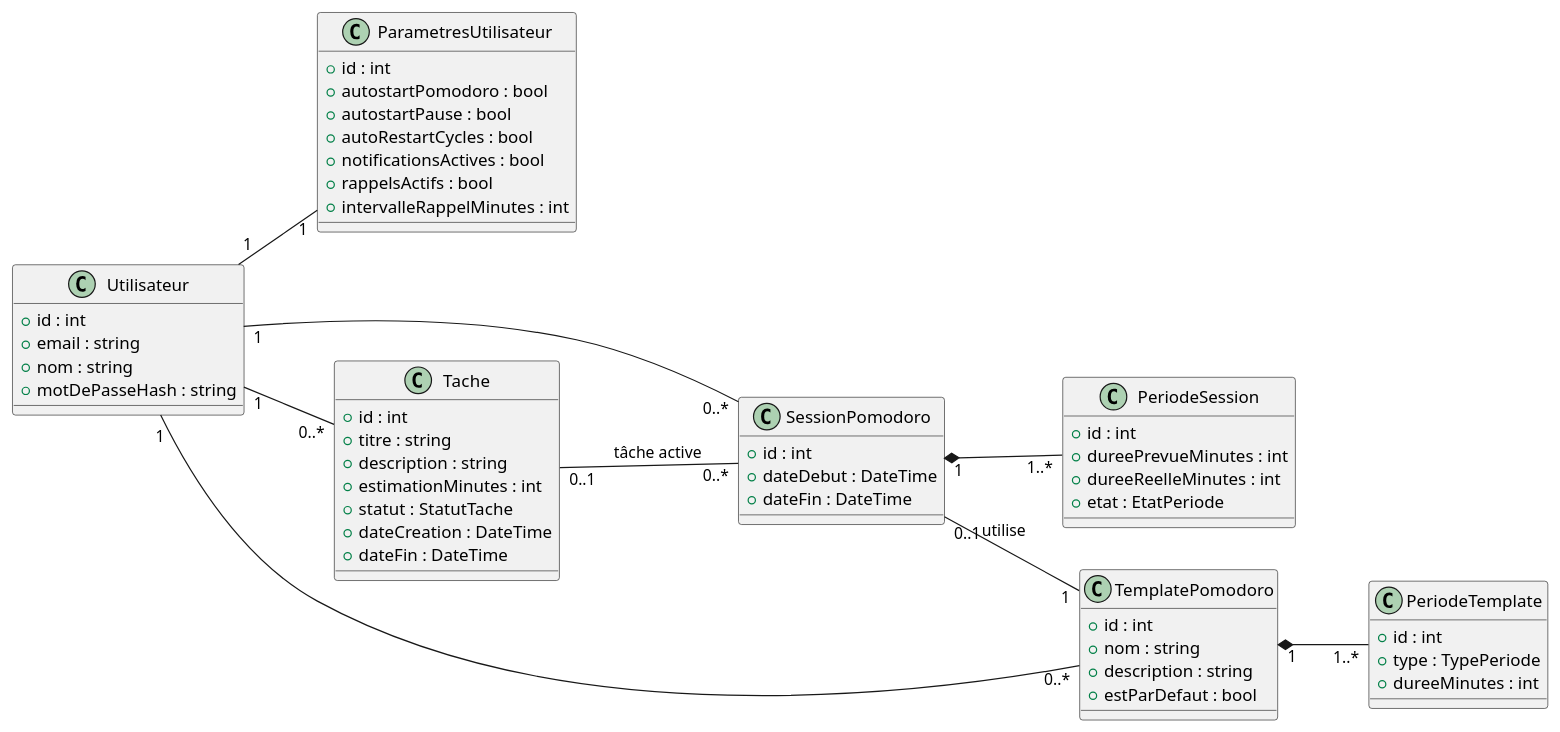
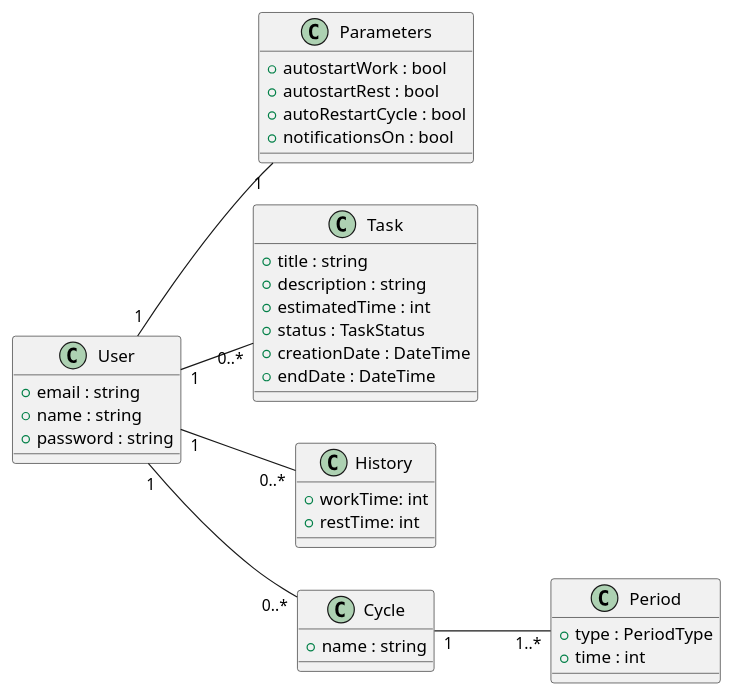
Before and after one commit to MDGav82/FocusTimer: the diagram in pomodoro_domain.wsd, drawn with PlantUML.

Commit message:
schema de domaine v2

```diff
--- a/pomodoro_domain.wsd
+++ b/pomodoro_domain.wsd
@@ -1,74 +1,48 @@
 @startuml pomodoro_domain
 left to right direction
 
-class Utilisateur {
-  +id : int
+class User {
   +email : string
-  +nom : string
-  +motDePasseHash : string
+  +name : string
+  +password : string
 }
 
-class ParametresUtilisateur {
-  +id : int
-  +autostartPomodoro : bool
-  +autostartPause : bool
-  +autoRestartCycles : bool
-  +notificationsActives : bool
-  +rappelsActifs : bool
-  +intervalleRappelMinutes : int
+class Parameters {
+  +autostartWork : bool
+  +autostartRest : bool
+  +autoRestartCycle : bool
+  +notificationsOn : bool
 }
 
-class Tache {
-  +id : int
-  +titre : string
+class Task {
+  +title : string
   +description : string
-  +estimationMinutes : int
-  +statut : StatutTache
-  +dateCreation : DateTime
-  +dateFin : DateTime
+  +estimatedTime : int
+  +status : TaskStatus
+  +creationDate : DateTime
+  +endDate : DateTime
 }
 
-
-class TemplatePomodoro {
-  +id : int
-  +nom : string
-  +description : string
-  +estParDefaut : bool
+class History {
+  +workTime: int
+  +restTime: int
+}
+class Cycle {
+  +name : string
 }
 
-class PeriodeTemplate {
-  +id : int
-  +type : TypePeriode
-  +dureeMinutes : int
-}
-
-class SessionPomodoro {
-  +id : int
-  +dateDebut : DateTime
-  +dateFin : DateTime
-}
-
-class PeriodeSession {
-  +id : int
-  +dureePrevueMinutes : int
-  +dureeReelleMinutes : int
-  +etat : EtatPeriode
+class Period {
+  +type : PeriodType
+  +time : int
 }
 
 ' Relations
 
-Utilisateur "1" -- "1" ParametresUtilisateur
+User "1" -- "1" Parameters
 
-Utilisateur "1" -- "0..*" Tache
-Utilisateur "1" -- "0..*" TemplatePomodoro
-Utilisateur "1" -- "0..*" SessionPomodoro
-
-TemplatePomodoro "1" *-- "1..*" PeriodeTemplate
-
-Tache "0..1" -- "0..*" SessionPomodoro : "tâche active"
-
-SessionPomodoro "1" *-- "1..*" PeriodeSession
-
-SessionPomodoro "0..1" -- "1" TemplatePomodoro : "utilise"
+User "1" -- "0..*" Task
+User "1" -- "0..*" Cycle
+User "1" -- "0..*" History
+Cycle "1" -- "1..*" Period
 
 @enduml
```
